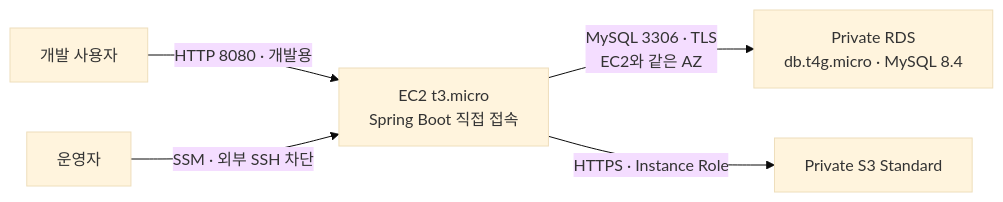
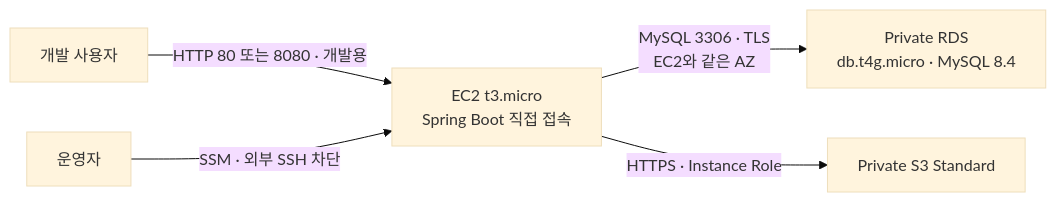
One commit to ITs-TIME-KEEPIT/KEEPIT-BE changed the diagram in infra/README.md. Above: the diagram before and after it, drawn with Mermaid (base theme). The commit also changed other lines of this file and 3 other files, not shown here.

````diff
--- a/infra/README.md
+++ b/infra/README.md
@@ -27,7 +27,7 @@
 ```mermaid
 flowchart LR
-    User[개발 사용자] -->|HTTP 8080 · 개발용| EC2[EC2 t3.micro\nSpring Boot 직접 접속]
+    User[개발 사용자] -->|HTTP 80 또는 8080 · 개발용| EC2[EC2 t3.micro\nSpring Boot 직접 접속]
     Operator[운영자] -->|SSM · 외부 SSH 차단| EC2
     EC2 -->|MySQL 3306 · TLS\nEC2와 같은 AZ| RDS[Private RDS\ndb.t4g.micro · MySQL 8.4]
     EC2 -->|HTTPS · Instance Role| S3[Private S3 Standard]
 ```
````
